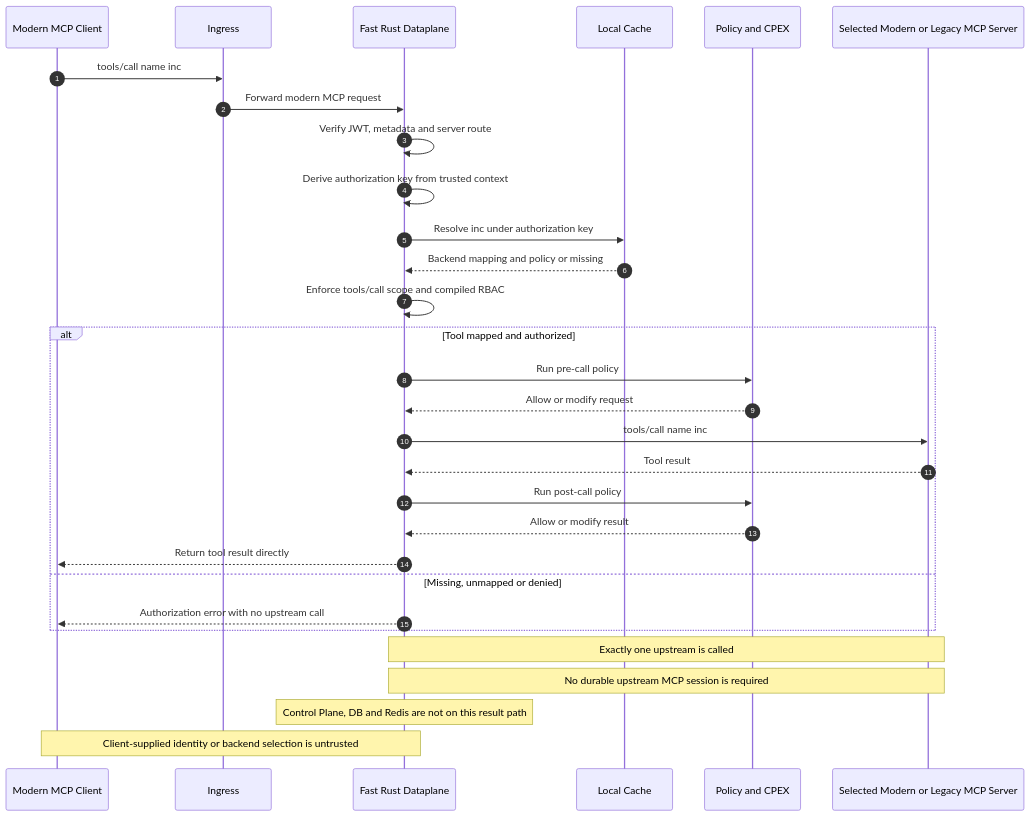
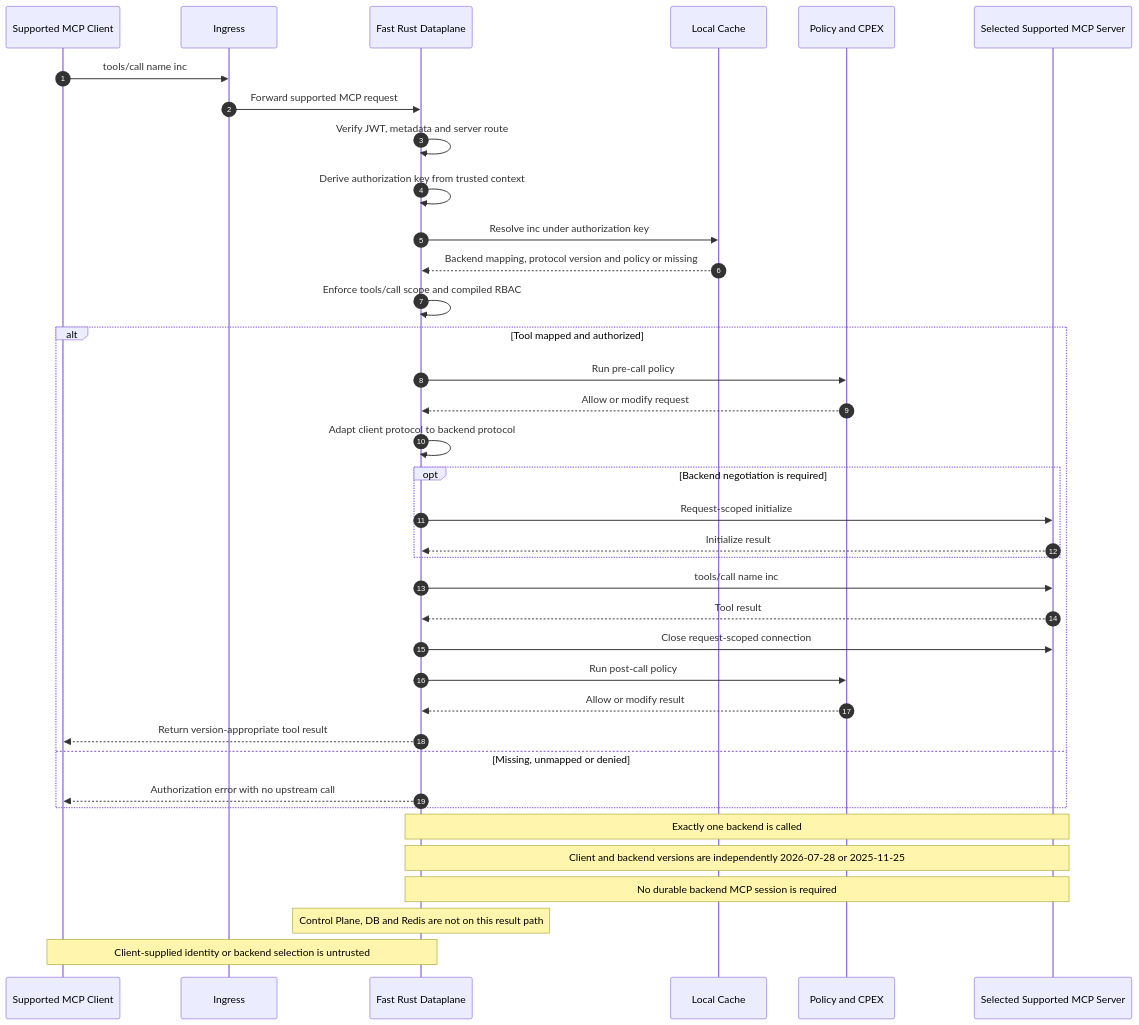
Before and after one commit to contextforge-gateway-rs/contextforge-gateway-rs: the fourth of 5 diagrams in _context/wiki/mcp-capability-allocation.md, drawn with Mermaid. The commit also changed other lines of this file and 5 other files, not shown here.

````diff
--- a/_context/wiki/mcp-capability-allocation.md
+++ b/_context/wiki/mcp-capability-allocation.md
@@ -274,35 +306,42 @@
 ```mermaid
 sequenceDiagram
     autonumber
-    participant Client as Modern MCP Client
+    participant Client as Supported MCP Client
     participant Ingress
     participant DP as Fast Rust Dataplane
     participant Cache as Local Cache
     participant CPEX as Policy and CPEX
-    participant MCP as Selected Modern or Legacy MCP Server
+    participant MCP as Selected Supported MCP Server
 
     Client->>Ingress: tools/call name inc
-    Ingress->>DP: Forward modern MCP request
+    Ingress->>DP: Forward supported MCP request
     DP->>DP: Verify JWT, metadata and server route
     DP->>DP: Derive authorization key from trusted context
     DP->>Cache: Resolve inc under authorization key
-    Cache-->>DP: Backend mapping and policy or missing
+    Cache-->>DP: Backend mapping, protocol version and policy or missing
     DP->>DP: Enforce tools/call scope and compiled RBAC
 
     alt Tool mapped and authorized
         DP->>CPEX: Run pre-call policy
         CPEX-->>DP: Allow or modify request
+        DP->>DP: Adapt client protocol to backend protocol
+        opt Backend negotiation is required
+            DP->>MCP: Request-scoped initialize
+            MCP-->>DP: Initialize result
+        end
         DP->>MCP: tools/call name inc
         MCP-->>DP: Tool result
+        DP->>MCP: Close request-scoped connection
         DP->>CPEX: Run post-call policy
         CPEX-->>DP: Allow or modify result
-        DP-->>Client: Return tool result directly
+        DP-->>Client: Return version-appropriate tool result
     else Missing, unmapped or denied
         DP-->>Client: Authorization error with no upstream call
     end
 
-    Note over DP,MCP: Exactly one upstream is called
-    Note over DP,MCP: No durable upstream MCP session is required
+    Note over DP,MCP: Exactly one backend is called
+    Note over DP,MCP: Client and backend versions are independently 2026-07-28 or 2025-11-25
+    Note over DP,MCP: No durable backend MCP session is required
     Note over DP: Control Plane, DB and Redis are not on this result path
     Note over Client,DP: Client-supplied identity or backend selection is untrusted
 ```
````
